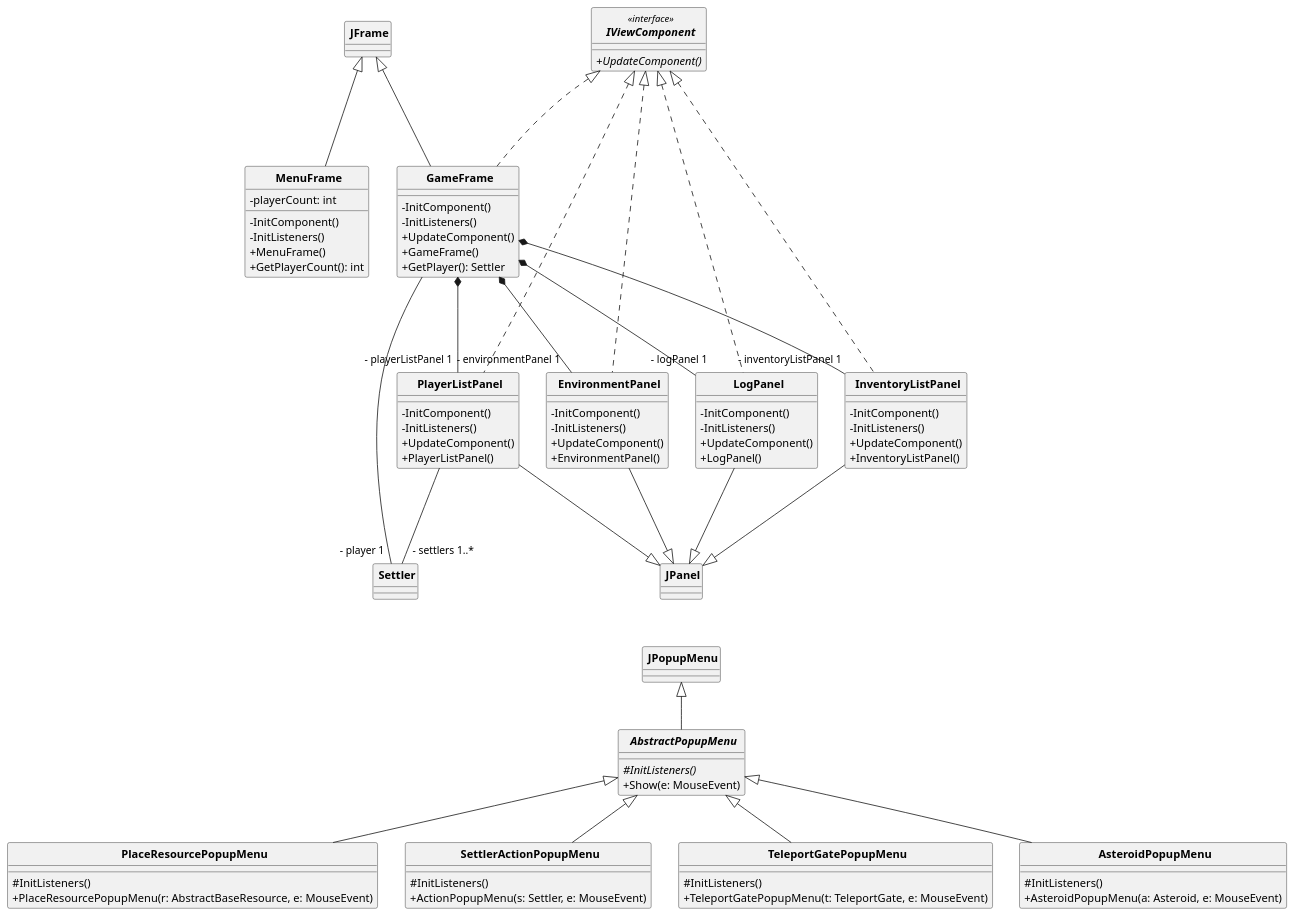
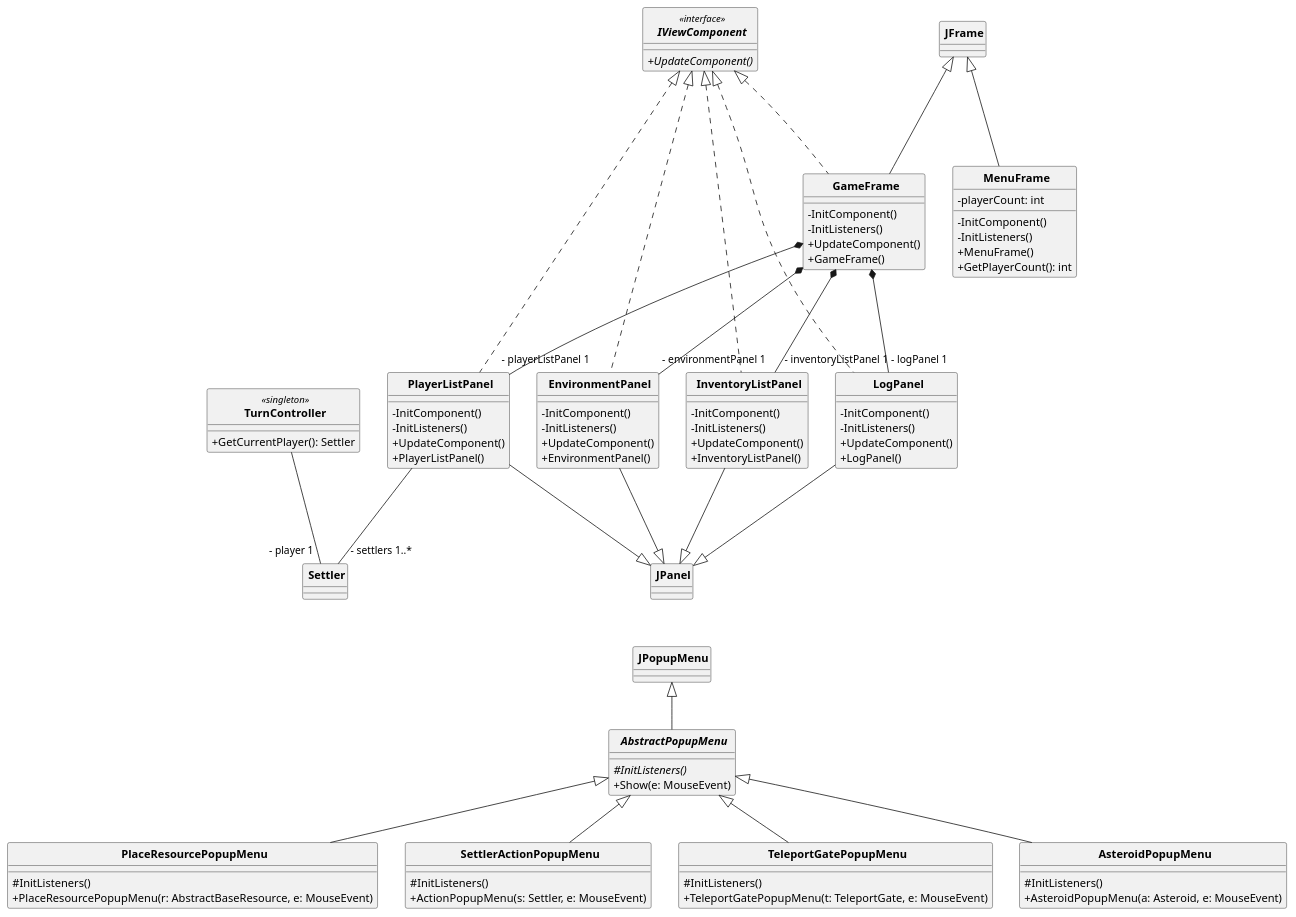
The diagram in uml/class_diagrams/gui_class.plantuml (bbucsy/projlab_holy_oil), drawn with PlantUML before and after one commit.

Commit message:
More things for Berci

```diff
--- a/uml/class_diagrams/gui_class.plantuml
+++ b/uml/class_diagrams/gui_class.plantuml
@@ -1,128 +1,129 @@
 @startuml classdiagram
 
 skinparam ClassAttributeIconSize 0
 skinparam CircledCharacterRadius 0
 skinparam CircledCharacterFontSize 0
 skinparam ClassFontStyle bold
 
 class JFrame {}
 class JPanel {}
 class JPopupMenu {}
 
 ' package: viewcomponents
 interface IViewComponent << interface >> {
   {abstract} + UpdateComponent()
 }
 
 together {
   class MenuFrame {
     - playerCount: int
     - InitComponent()
     - InitListeners()
     + MenuFrame()
     + GetPlayerCount(): int
   }
 
   class GameFrame {
     - InitComponent()
     - InitListeners()
     + UpdateComponent()
     + GameFrame()
-    + GetPlayer(): Settler
   }
 }
 
 together {
   class EnvironmentPanel {
     - InitComponent()
     - InitListeners()
     + UpdateComponent()
     + EnvironmentPanel()
   }
 
   class InventoryListPanel {
     - InitComponent()
     - InitListeners()
     + UpdateComponent()
     + InventoryListPanel()
   }
 
   class PlayerListPanel {
     - InitComponent()
     - InitListeners()
     + UpdateComponent()
     + PlayerListPanel()
   }
 
   class LogPanel {
     - InitComponent()
     - InitListeners()
     + UpdateComponent()
     + LogPanel()
   }
 }
 
 abstract class AbstractPopupMenu {
   {abstract}# InitListeners()
   + Show(e: MouseEvent)
 }
 
 together {
   class AsteroidPopupMenu {
     # InitListeners()
     + AsteroidPopupMenu(a: Asteroid, e: MouseEvent)
   }
 
   class TeleportGatePopupMenu {
     # InitListeners()
     + TeleportGatePopupMenu(t: TeleportGate, e: MouseEvent)
   }
 
   class SettlerActionPopupMenu {
     # InitListeners()
     + ActionPopupMenu(s: Settler, e: MouseEvent)
   }
 
   class PlaceResourcePopupMenu {
     # InitListeners()
     + PlaceResourcePopupMenu(r: AbstractBaseResource, e: MouseEvent)
   }
 }
 
+class TurnController << singleton >> {
+  + GetCurrentPlayer(): Settler
+}
+
 ' Interface realizations
 GameFrame .up..|> IViewComponent
 EnvironmentPanel .up..|> IViewComponent
 InventoryListPanel .up..|> IViewComponent
 PlayerListPanel .up..|> IViewComponent
 LogPanel .up..|> IViewComponent
 
 ' Inheritance
 GameFrame -up--|> JFrame
 MenuFrame -up--|> JFrame
 
 EnvironmentPanel -down--|> JPanel
 InventoryListPanel -down--|> JPanel
 PlayerListPanel -down--|> JPanel
 LogPanel -down--|> JPanel
 
 AbstractPopupMenu -up-|> JPopupMenu
 AsteroidPopupMenu -up-|> AbstractPopupMenu
 TeleportGatePopupMenu -up-|> AbstractPopupMenu
 SettlerActionPopupMenu -up-|> AbstractPopupMenu
 PlaceResourcePopupMenu -up-|> AbstractPopupMenu
 
 ' This is for better display
 JPopupMenu -[hidden]up-> JPanel
 
 ' Associations
 GameFrame *--- "- environmentPanel 1" EnvironmentPanel
 GameFrame *--- "- inventoryListPanel 1" InventoryListPanel
 GameFrame *--- "- playerListPanel 1" PlayerListPanel
 GameFrame *--- "- logPanel 1" LogPanel
 
 PlayerListPanel --- "- settlers 1..*" Settler
-GameFrame --- "- player 1" Settler
-' Ez a fenti majd kódolásnál felesleges
-' Turncontroller --> state machine: ki van soron a lépésnél?
+TurnController --- "- player 1" Settler
 
 @enduml
```
